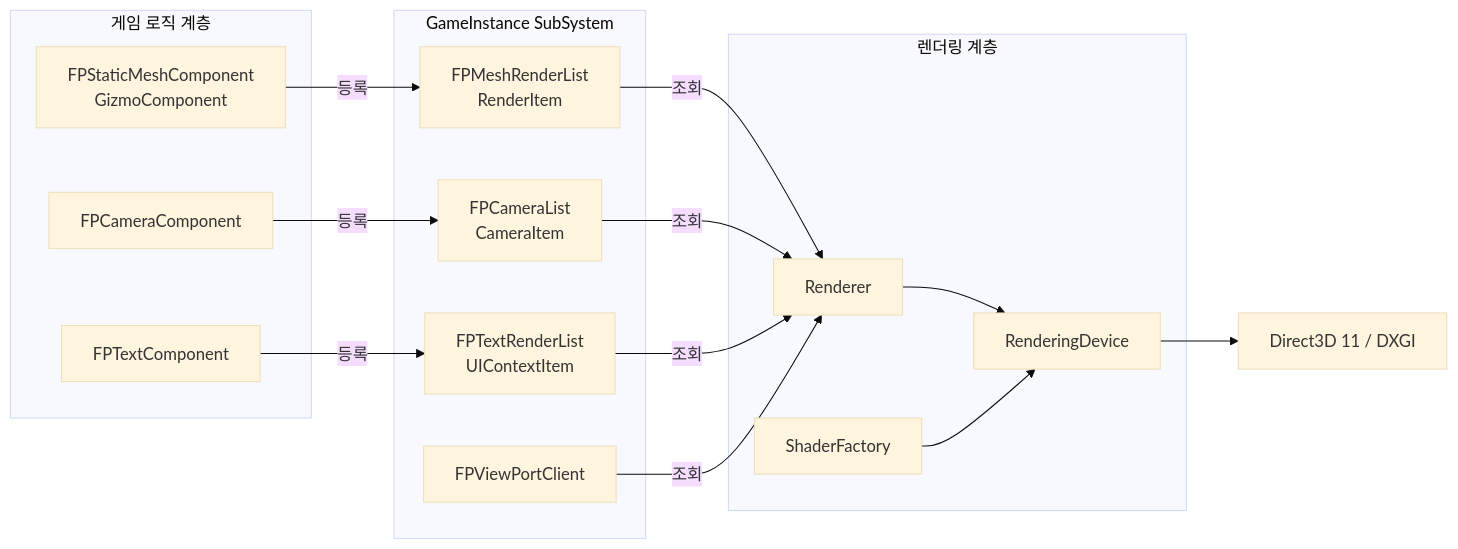
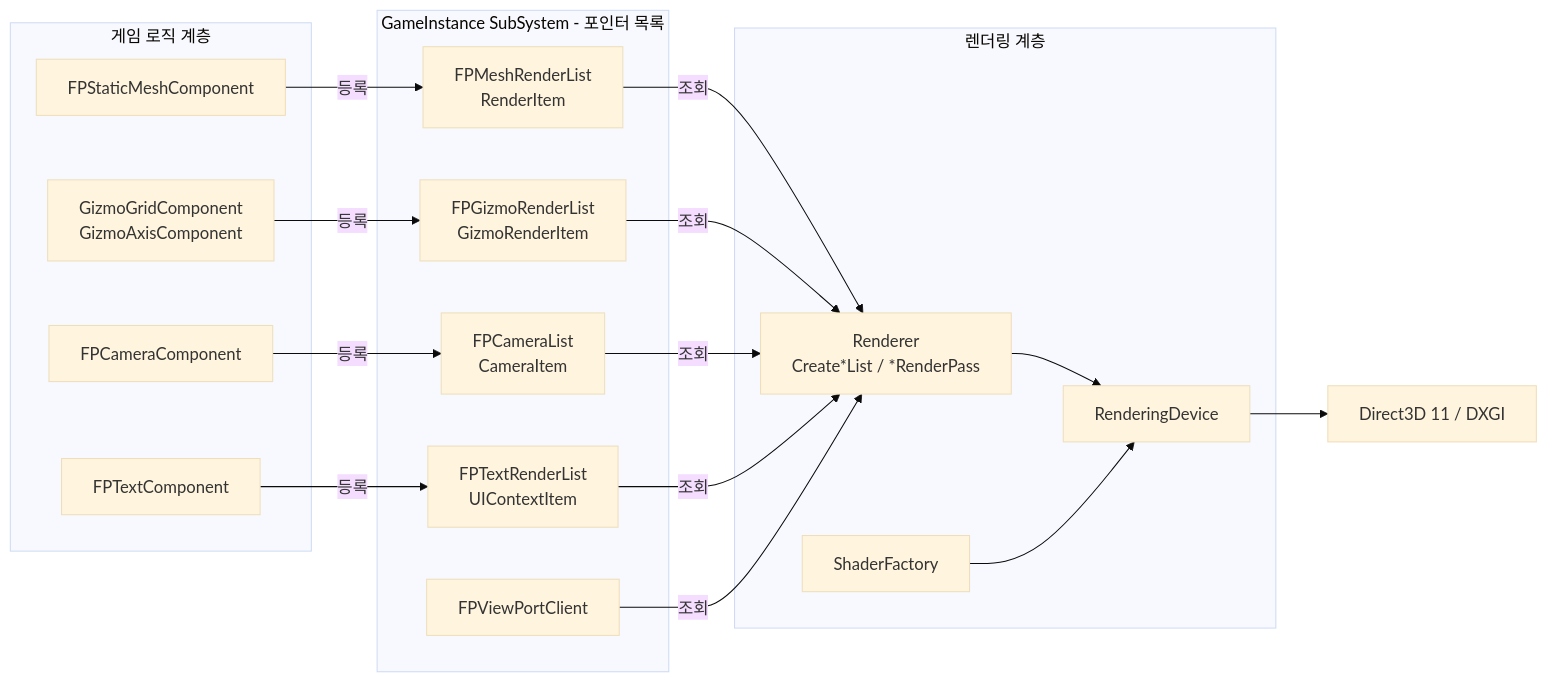
Before and after one commit to Gat-Young/ForestPearlEngine: the fifth of 11 diagrams in README.md, drawn with Mermaid (base theme). The commit also changed other lines of this file and 2 other files, not shown here.

````diff
--- a/README.md
+++ b/README.md
@@ -447,29 +464,33 @@
 ```mermaid
 flowchart LR
     subgraph GAMESIDE["게임 로직 계층"]
-        SM["FPStaticMeshComponent<br/>GizmoComponent"]
+        SM["FPStaticMeshComponent"]
+        GZ["GizmoGridComponent<br/>GizmoAxisComponent"]
         CAM["FPCameraComponent"]
         TXT["FPTextComponent"]
     end
-    subgraph LISTS["GameInstance SubSystem"]
+    subgraph LISTS["GameInstance SubSystem - 포인터 목록"]
         ML["FPMeshRenderList<br/>RenderItem"]
+        GL["FPGizmoRenderList<br/>GizmoRenderItem"]
         CL["FPCameraList<br/>CameraItem"]
         TL["FPTextRenderList<br/>UIContextItem"]
         VP["FPViewPortClient"]
     end
     subgraph RENDER["렌더링 계층"]
-        RD["Renderer"]
+        RD["Renderer<br/>Create*List / *RenderPass"]
         DEV["RenderingDevice"]
         SF["ShaderFactory"]
     end
     SM -->|"등록"| ML
+    GZ -->|"등록"| GL
     CAM -->|"등록"| CL
     TXT -->|"등록"| TL
     ML -->|"조회"| RD
+    GL -->|"조회"| RD
     CL -->|"조회"| RD
     TL -->|"조회"| RD
     VP -->|"조회"| RD
     RD --> DEV
     SF --> DEV
     DEV --> D3D["Direct3D 11 / DXGI"]
 ```
````
